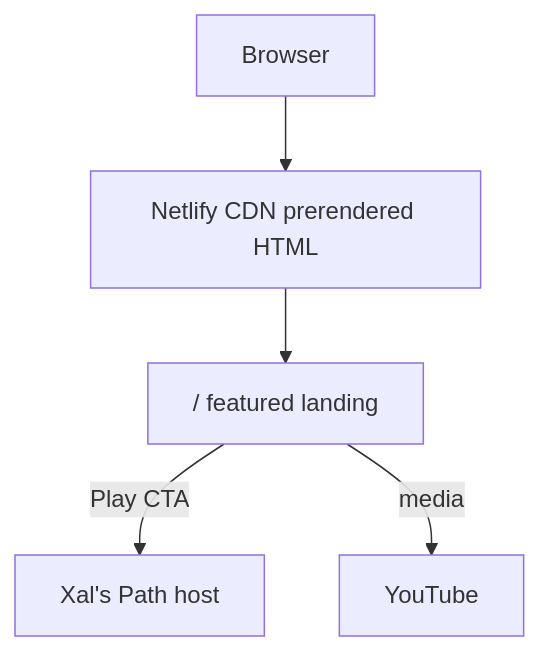
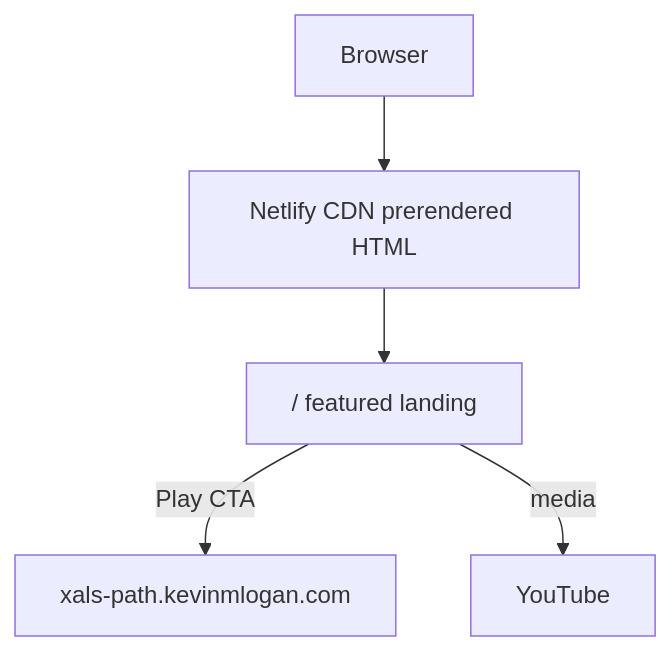
One commit to kevinlogan94/games changed the third of 4 diagrams in _bmad-output/planning-artifacts/architecture/architecture-games-2026-09-07/ARCHITECTURE-SPINE.md. Above: the diagram before and after it, drawn with Mermaid. The commit also changed other lines of this file and 3 other files, not shown here.

````diff
--- a/_bmad-output/planning-artifacts/architecture/architecture-games-2026-09-07/ARCHITECTURE-SPINE.md
+++ b/_bmad-output/planning-artifacts/architecture/architecture-games-2026-09-07/ARCHITECTURE-SPINE.md
@@ -169,7 +175,7 @@
 ```mermaid
 flowchart TB
   Browser --> CDN[Netlify CDN prerendered HTML]
   CDN --> Index["/ featured landing"]
-  Index -->|Play CTA| GameHost[Xal's Path host]
+  Index -->|Play CTA| GameHost[xals-path.kevinmlogan.com]
   Index -->|media| YT[YouTube]
 ```
````
